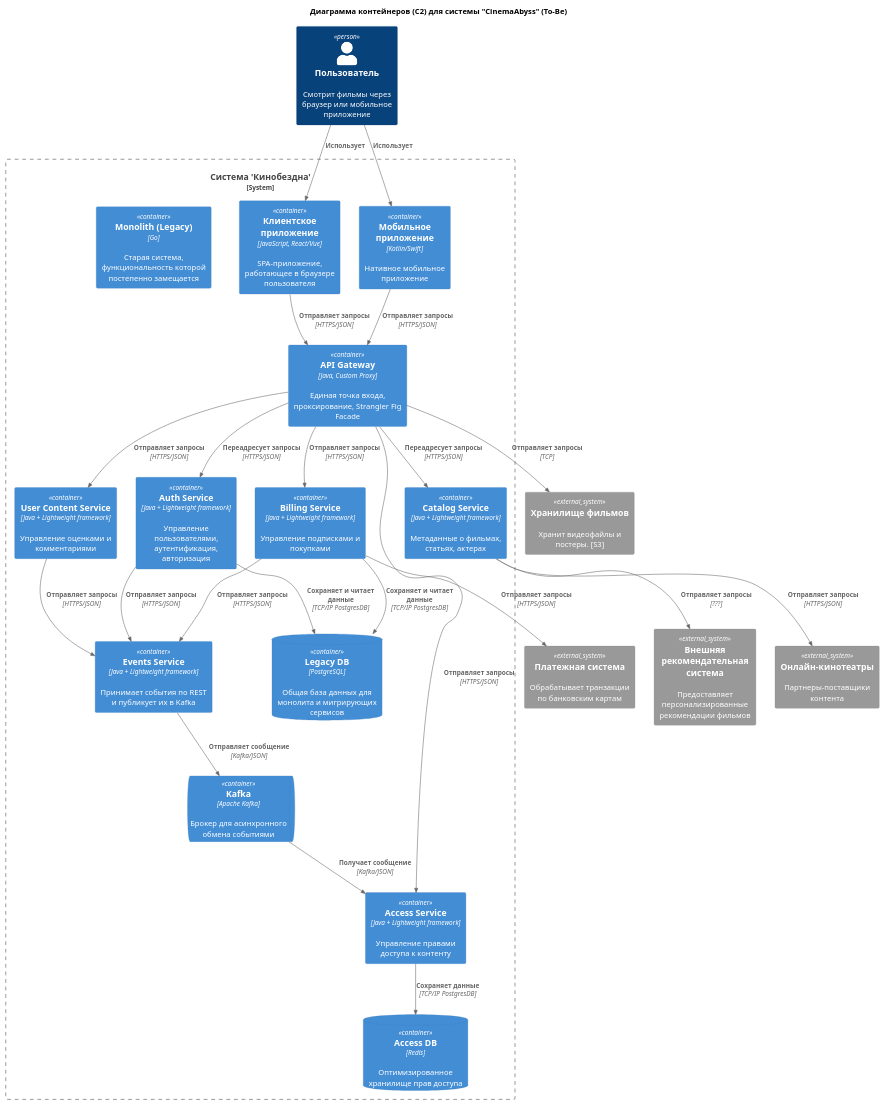
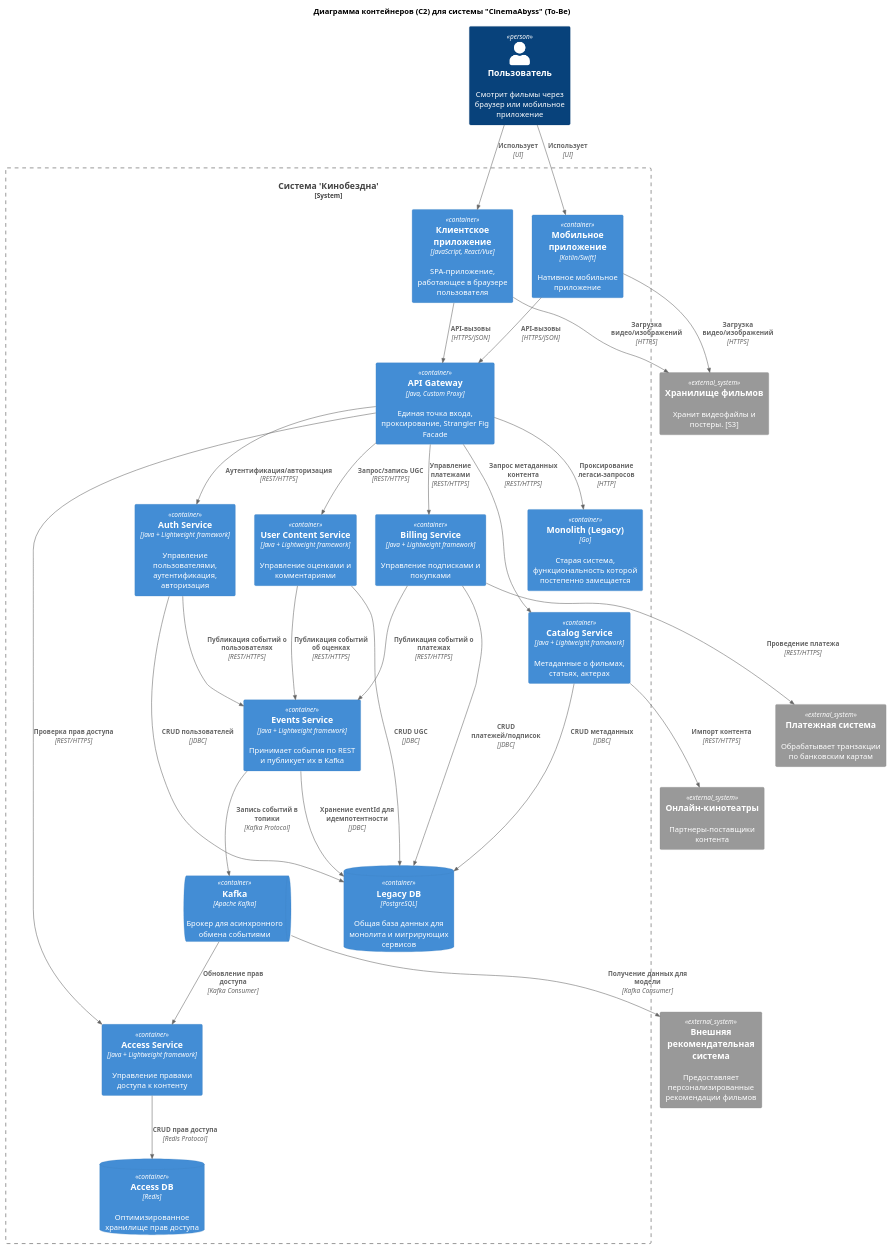
Before and after one commit to Manjago/architecture-pro-cinemaabyss: the diagram in docs/diagrams/C2_Container_ToBe.puml, drawn with PlantUML. The commit also changed 2 other files, not shown here.

```diff
--- a/docs/diagrams/C2_Container_ToBe.puml
+++ b/docs/diagrams/C2_Container_ToBe.puml
@@ -1,115 +1,82 @@
 @startuml C2_Context_ToBe
 title Диаграмма контейнеров (C2) для системы "CinemaAbyss" (To-Be)
 
 top to bottom direction
 
 !includeurl https://raw.githubusercontent.com/RicardoNiepel/C4-PlantUML/master/C4_Container.puml
 
 ' --- АКТОРЫ И ВНЕШНИЕ СИСТЕМЫ ---
 
 Person(user, "Пользователь", "Смотрит фильмы через браузер или мобильное приложение")
 
 System_Ext(ext_payment_gateway, "Платежная система", "Обрабатывает транзакции по банковским картам")
 System_Ext(recommendation_system, "Внешняя рекомендательная система", "Предоставляет персонализированные рекомендации фильмов")
 System_Ext(blob_storage, "Хранилище фильмов", "Хранит видеофайлы и постеры. [S3]")
 System_Ext(ext_online_cinema, "Онлайн-кинотеатры", "Партнеры-поставщики контента")
 
 ' --- ГРАНИЦА НАШЕЙ СИСТЕМЫ ---
 System_Boundary(cinema_abyss, "Система 'Кинобездна'") {
     Container(frontend_app, "Клиентское приложение", "JavaScript, React/Vue", "SPA-приложение, работающее в браузере пользователя")
     Container(mobile_app, "Мобильное приложение", "Kotlin/Swift", "Нативное мобильное приложение")
 
     Container(gateway, "API Gateway", "Java, Custom Proxy", "Единая точка входа, проксирование, Strangler Fig Facade")
 
     Container(auth_service, "Auth Service", "Java + Lightweight framework", "Управление пользователями, аутентификация, авторизация")
     Container(billing_service, "Billing Service", "Java + Lightweight framework", "Управление подписками и покупками")
     Container(catalog_service, "Catalog Service", "Java + Lightweight framework", "Метаданные о фильмах, статьях, актерах")
     Container(user_content_service, "User Content Service", "Java + Lightweight framework", "Управление оценками и комментариями")
     Container(access_service, "Access Service", "Java + Lightweight framework", "Управление правами доступа к контенту")
     Container(events_service, "Events Service", "Java + Lightweight framework", "Принимает события по REST и публикует их в Kafka")
 
     Container(monolith, "Monolith (Legacy)", "Go", "Старая система, функциональность которой постепенно замещается")
 
     ContainerDb(common_db, "Legacy DB", "PostgreSQL", "Общая база данных для монолита и мигрирующих сервисов")
     ContainerDb(access_db, "Access DB", "Redis", "Оптимизированное хранилище прав доступа")
     ContainerQueue(kafka, "Kafka", "Apache Kafka", "Брокер для асинхронного обмена событиями")
 }
 
-' --- СВЯЗИ (ПО СЦЕНАРИЯМ) ---
+' --- СВЯЗИ ---
 
-' Общее начало всех сценариев
-Rel(user, frontend_app, "Использует")
-Rel(user, mobile_app, "Использует")
-Rel(frontend_app, gateway, "Отправляет запросы", "HTTPS/JSON")
-Rel(mobile_app, gateway, "Отправляет запросы", "HTTPS/JSON")
+' Пользователь -> Gateway
+Rel(user, frontend_app, "Использует", "UI")
+Rel(user, mobile_app, "Использует", "UI")
+Rel(frontend_app, gateway, "API-вызовы", "HTTPS/JSON")
+Rel(mobile_app, gateway, "API-вызовы", "HTTPS/JSON")
 
+' Gateway -> Микросервисы (синхронные вызовы)
+Rel(gateway, auth_service, "Аутентификация/авторизация", "REST/HTTPS")
+Rel(gateway, catalog_service, "Запрос метаданных контента", "REST/HTTPS")
+Rel(gateway, user_content_service, "Запрос/запись UGC", "REST/HTTPS")
+Rel(gateway, billing_service, "Управление платежами", "REST/HTTPS")
+Rel(gateway, access_service, "Проверка прав доступа", "REST/HTTPS")
+Rel(gateway, monolith, "Проксирование легаси-запросов", "HTTP") 
 
-' *** Сценарий: пользователь регистрируется в системе
-' Регистрируемся в auth_service через gateway
-Rel(gateway, auth_service, "Переадресует запросы", "HTTPS/JSON") 
-' Сохраняем данные в БД
-Rel(auth_service, common_db, "Сохраняет и читает данные", "TCP/IP PostgresDB")
-' Отбрасываем событие UserRegistered
-Rel(auth_service, events_service, "Отправляет запросы", "HTTPS/JSON")
-Rel(events_service, kafka, "Отправляет сообщение", "Kafka/JSON")
+' Микросервисы -> Внешние системы
+Rel(billing_service, ext_payment_gateway, "Проведение платежа", "REST/HTTPS")
+Rel(catalog_service, ext_online_cinema, "Импорт контента", "REST/HTTPS")
 
-' *** Сценарий: покупка фильма
-' Выбираем фильм для записи
-Rel(gateway, catalog_service, "Переадресует запросы", "HTTPS/JSON") 
-' Покупаем фильм
-Rel(gateway, billing_service, "Отправляет запросы", "HTTPS/JSON") 
-' Сохраняем данные в БД
-Rel(billing_service, common_db, "Сохраняет и читает данные", "TCP/IP PostgresDB") 
-' Отбрасываем событие MovieRented
-Rel(billing_service, events_service, "Отправляет запросы", "HTTPS/JSON")
-'Rel(events_service, kafka, "Отправляет сообщение", "Kafka/JSON")
-' Обновляет права на фильмы
-Rel(kafka, access_service, "Получает сообщение", "Kafka/JSON")
-Rel(access_service, access_db, "Сохраняет данные", "TCP/IP PostgresDB")
-' Платеж во внешнюю систему
-Rel(billing_service, ext_payment_gateway, "Отправляет запросы", "HTTPS/JSON")
+' Микросервисы -> Хранилища данных
+Rel(auth_service, common_db, "CRUD пользователей", "JDBC")
+Rel(billing_service, common_db, "CRUD платежей/подписок", "JDBC")
+Rel(catalog_service, common_db, "CRUD метаданных", "JDBC")
+Rel(user_content_service, common_db, "CRUD UGC", "JDBC")
+Rel(access_service, access_db, "CRUD прав доступа", "Redis Protocol")
+Rel(events_service, common_db, "Хранение eventId для идемпотентности", "JDBC")
 
-' *** Сценарий: оформление подписки (как покупка фильма, но другое сообщение)
-' Пользователь на что-то подписался
-'Rel(gateway, billing_service, "Отправляет запросы", "HTTPS/JSON") 
-' Сохраняем данные в БД
-'Rel(billing_service, common_db, "Сохраняет и читает данные", "TCP/IP PostgresDB") 
-' Отбрасываем событие SubscriptionPurchased
-'Rel(billing_service, events_service, "Отправляет запросы", "HTTPS/JSON")
-'Rel(events_service, kafka, "Отправляет сообщение", "Kafka/JSON")
-' Обновляет права на фильмы
-'Rel(kafka, access_service, "Получает сообщение", "Kafka/JSON")
-'Rel(access_service, access_db, "Сохраняет данные", "TCP/IP PostgresDB")
-' Платеж во внешнюю систему
-'Rel(billing_service, ext_payment_gateway, "Отправляет запросы", "HTTPS/JSON")
+' Клиент -> Хранилище блобов
+Rel(frontend_app, blob_storage, "Загрузка видео/изображений", "HTTPS")
+Rel(mobile_app, blob_storage, "Загрузка видео/изображений", "HTTPS")
 
-' *** Сценарий: смотреть фильм
-' Выбираем фильм для просмотра
-' Rel(gateway, catalog_service, "Переадресует запросы", "HTTPS/JSON") 
-' Проверяем права доступа на фильм
-Rel(gateway, access_service, "Отправляет запросы", "HTTPS/JSON") 
-' Смотрим фильм
-Rel(gateway, blob_storage, "Отправляет запросы", "TCP") 
+' --- АСИНХРОННОЕ ВЗАИМОДЕЙСТВИЕ (KAFKA) ---
 
-' *** Сценарий: выбор фильма (читать рекомендации, читать статьи, просматривать карточки фильма)
-' Просматриваем фильмы
-' Rel(gateway, catalog_service, "Переадресует запросы", "HTTPS/JSON") 
+' Продюсеры событий
+Rel(auth_service, events_service, "Публикация событий о пользователях", "REST/HTTPS")
+Rel(billing_service, events_service, "Публикация событий о платежах", "REST/HTTPS")
+Rel(user_content_service, events_service, "Публикация событий об оценках", "REST/HTTPS")
+Rel(events_service, kafka, "Запись событий в топики", "Kafka Protocol")
 
-' *** Сценарий: оценить фильм
-' Просматриваем фильмы
-' Rel(gateway, catalog_service, "Переадресует запросы", "HTTPS/JSON") 
-' Ставит оценку
-Rel(gateway, user_content_service, "Отправляет запросы", "HTTPS/JSON") 
-' Отбрасываем событие MovieRated
-Rel(user_content_service, events_service, "Отправляет запросы", "HTTPS/JSON")
-'Rel(events_service, kafka, "Отправляет сообщение", "Kafka/JSON")
-
-' --- СВЯЗИ (ПО СЛУЖЕБНЫМ ПРОЦЕССАМ) ---
-' *** Процесс: Обновляем данные из внешней рекомендательной системы
-' ? вопрос, там реббит во внешней системе - прописываем подробно?
-Rel(catalog_service, recommendation_system, "Отправляет запросы", "???")
-
-' *** Процесс: Обновляем данные из онлайн-кинотеатров
-Rel(catalog_service, ext_online_cinema, "Отправляет запросы", "HTTPS/JSON")
+' Потребители событий
+Rel(kafka, access_service, "Обновление прав доступа", "Kafka Consumer")
+Rel(kafka, recommendation_system, "Получение данных для модели", "Kafka Consumer")
 
 @enduml
```
